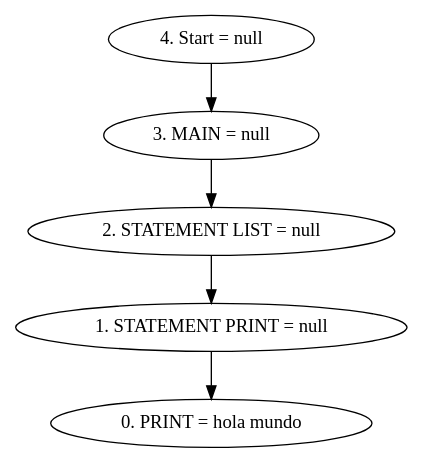
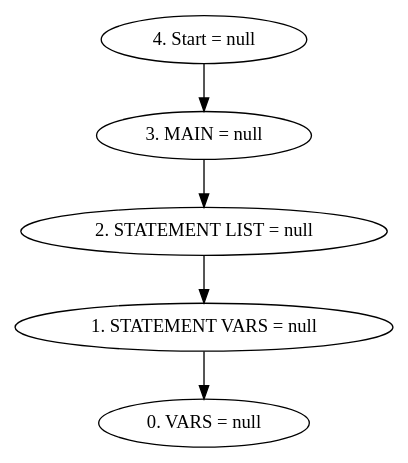
Before and after one commit to Andrew22674/compiladoresI: the diagram in Proyecto_Compiladores/ASTfile.dot, drawn with Graphviz. The commit also changed 10 other files, not shown here.

```diff
--- a/Proyecto_Compiladores/ASTfile.dot
+++ b/Proyecto_Compiladores/ASTfile.dot
@@ -1,8 +1,8 @@
 digraph G {
 "4. Start = null"->"3. MAIN = null"
 "3. MAIN = null"->"2. STATEMENT LIST = null"
-"2. STATEMENT LIST = null"->"1. STATEMENT PRINT = null"
-"1. STATEMENT PRINT = null"->"0. PRINT = hola mundo"
+"2. STATEMENT LIST = null"->"1. STATEMENT VARS = null"
+"1. STATEMENT VARS = null"->"0. VARS = null"
 
 
 }
```
